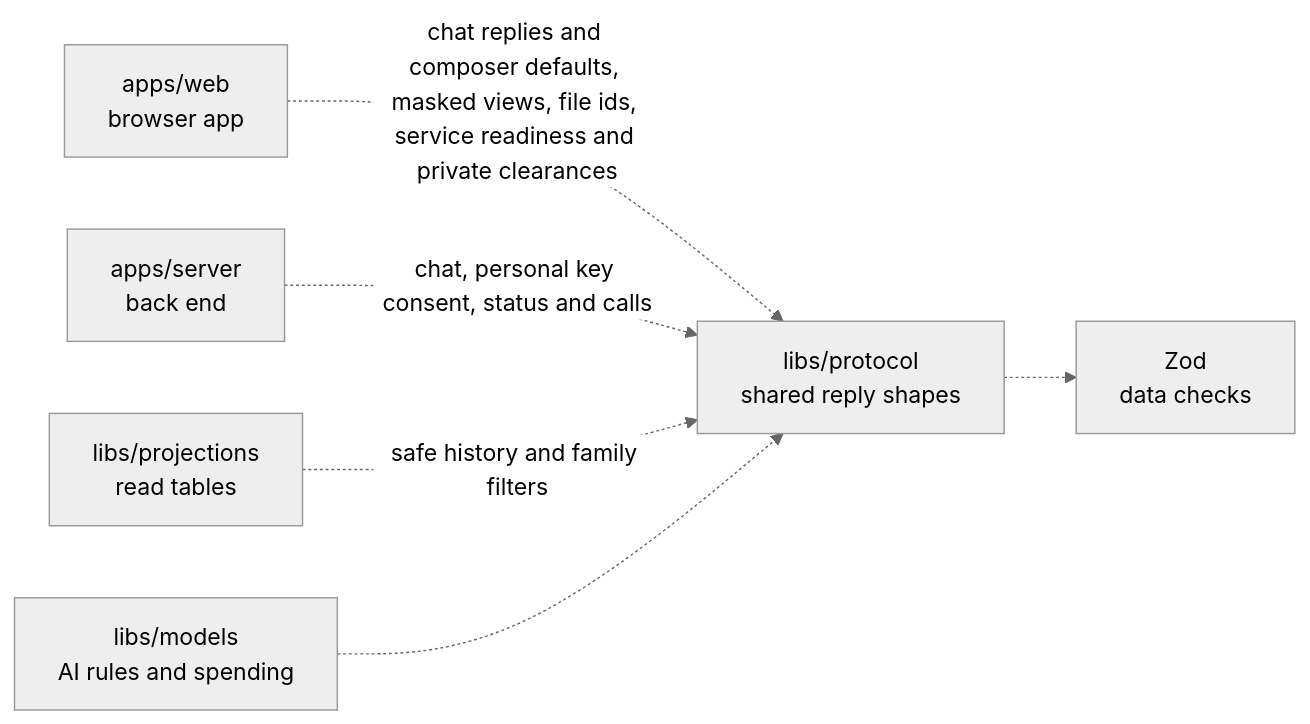
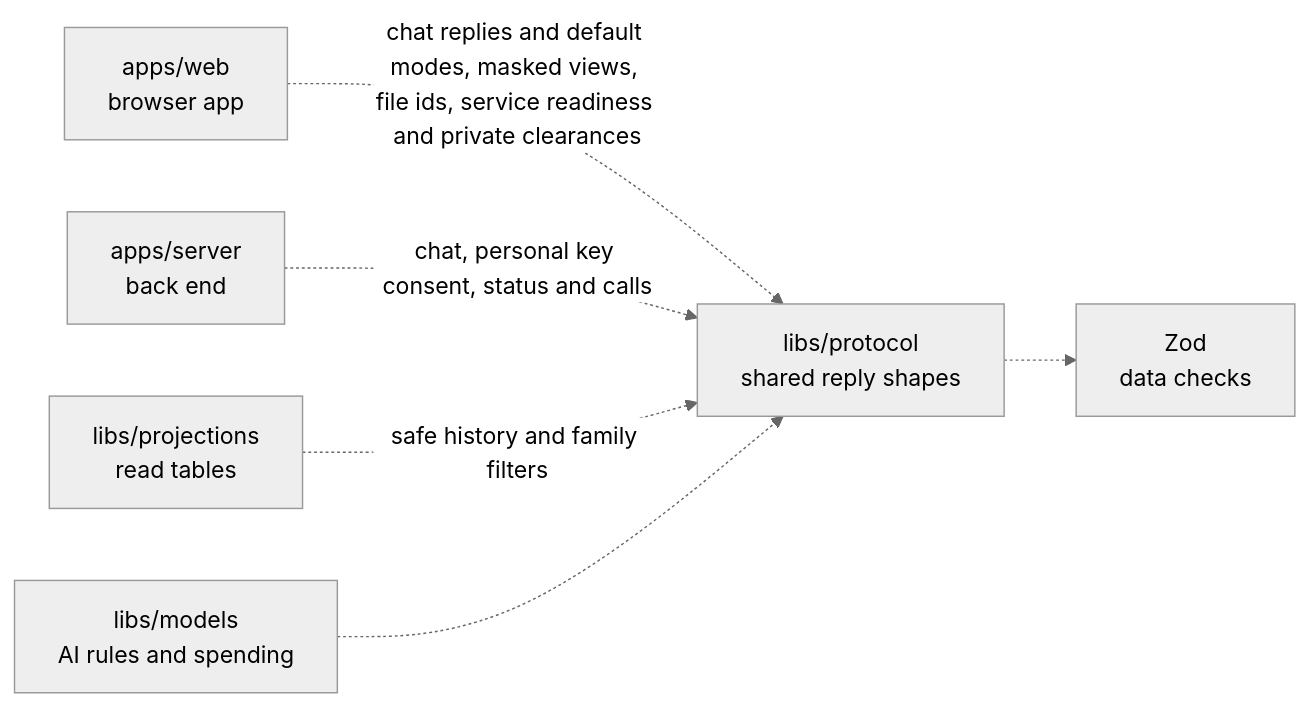
The diagram in libs/protocol/README.md (elewa-git/opencrane-new), drawn with Mermaid (neutral theme) before and after one commit. The commit also changed other lines of this file and 11 other files, not shown here.

````diff
--- a/libs/protocol/README.md
+++ b/libs/protocol/README.md
@@ -52,8 +52,8 @@
 ```mermaid
 flowchart LR
-  web["apps/web<br/>browser app"] -.->|chat replies and composer defaults, masked views, file ids, service readiness and private clearances| protocol["libs/protocol<br/>shared reply shapes"]
+  web["apps/web<br/>browser app"] -.->|chat replies and default modes, masked views, file ids, service readiness and private clearances| protocol["libs/protocol<br/>shared reply shapes"]
   server["apps/server<br/>back end"] -.->|chat, personal key consent, status and calls| protocol
   projections["libs/projections<br/>read tables"] -.->|safe history and family filters| protocol
   models["libs/models<br/>AI rules and spending"] -.-> protocol
   protocol -.-> zod["Zod<br/>data checks"]
 ```
````
